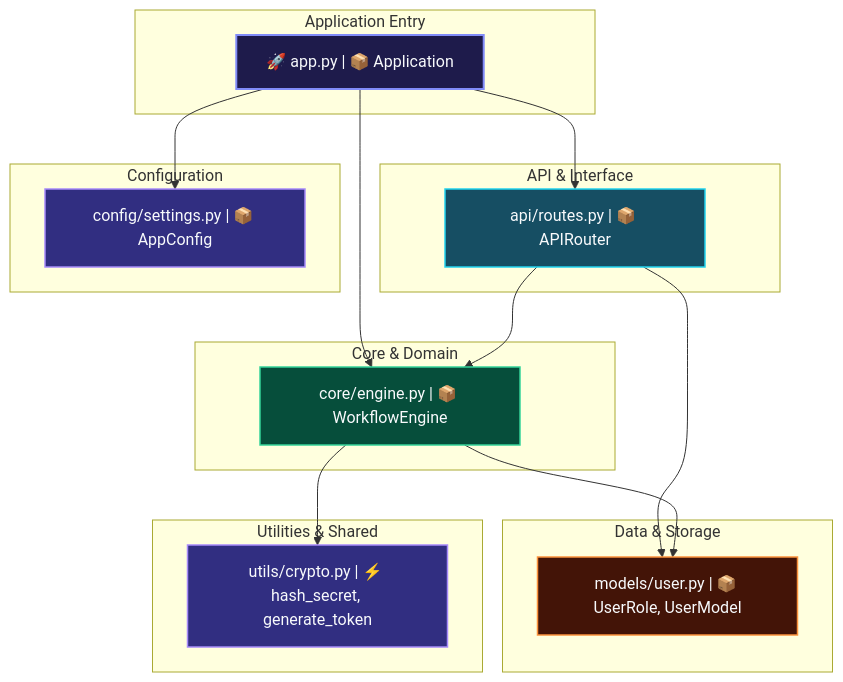
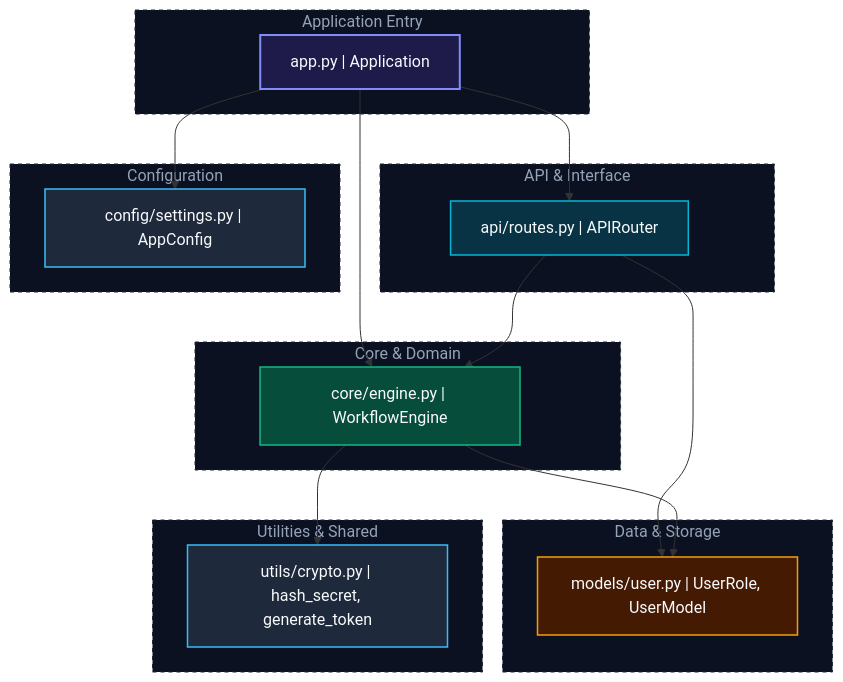
The diagram in ARCHITECTURE.md (sharan-s-dev/RepoGraph-), drawn with Mermaid before and after one commit. The commit also changed 5 other files, not shown here.

Commit message:
feat: complete rewrite of pan-zoom engine, orientation toggling, and clean architecture UI

````diff
--- a/ARCHITECTURE.md
+++ b/ARCHITECTURE.md
@@ -3,35 +3,40 @@
 ```mermaid
 graph TD
-  %% RepoGraph Architectural Blueprint
   classDef entryNode fill:#1e1b4b,stroke:#818cf8,stroke-width:2px,color:#f8fafc;
-  classDef apiNode fill:#164e63,stroke:#22d3ee,stroke-width:1.5px,color:#f8fafc;
-  classDef coreNode fill:#064e3b,stroke:#34d399,stroke-width:1.5px,color:#f8fafc;
-  classDef dataNode fill:#431407,stroke:#fb923c,stroke-width:1.5px,color:#f8fafc;
-  classDef utilNode fill:#312e81,stroke:#a78bfa,stroke-width:1.5px,color:#f8fafc;
-  classDef defaultNode fill:#0f172a,stroke:#38bdf8,stroke-width:1.5px,color:#f8fafc;
+  classDef apiNode fill:#083344,stroke:#06b6d4,stroke-width:1.5px,color:#f8fafc;
+  classDef coreNode fill:#064e3b,stroke:#10b981,stroke-width:1.5px,color:#f8fafc;
+  classDef dataNode fill:#451a03,stroke:#f59e0b,stroke-width:1.5px,color:#f8fafc;
+  classDef utilNode fill:#1e293b,stroke:#38bdf8,stroke-width:1.5px,color:#f8fafc;
+  classDef defaultNode fill:#0f172a,stroke:#64748b,stroke-width:1.5px,color:#f8fafc;
   subgraph layer_Application_Entry["Application Entry"]
-    app_py["🚀 app.py | 📦 Application"]:::entryNode
+    app_py["app.py | Application"]:::entryNode
   end
+  style layer_Application_Entry fill:#0b1120,stroke:#1e293b,stroke-width:1px,stroke-dasharray: 4 4,color:#94a3b8
   subgraph layer_API___Interface["API & Interface"]
-    api_routes_py["api/routes.py | 📦 APIRouter"]:::apiNode
+    api_routes_py["api/routes.py | APIRouter"]:::apiNode
   end
+  style layer_API___Interface fill:#0b1120,stroke:#1e293b,stroke-width:1px,stroke-dasharray: 4 4,color:#94a3b8
   subgraph layer_Configuration["Configuration"]
-    config_settings_py["config/settings.py | 📦 AppConfig"]:::utilNode
+    config_settings_py["config/settings.py | AppConfig"]:::utilNode
   end
+  style layer_Configuration fill:#0b1120,stroke:#1e293b,stroke-width:1px,stroke-dasharray: 4 4,color:#94a3b8
   subgraph layer_Core___Domain["Core & Domain"]
-    core_engine_py["core/engine.py | 📦 WorkflowEngine"]:::coreNode
+    core_engine_py["core/engine.py | WorkflowEngine"]:::coreNode
   end
+  style layer_Core___Domain fill:#0b1120,stroke:#1e293b,stroke-width:1px,stroke-dasharray: 4 4,color:#94a3b8
   subgraph layer_Data___Storage["Data & Storage"]
-    models_user_py["models/user.py | 📦 UserRole, UserModel"]:::dataNode
+    models_user_py["models/user.py | UserRole, UserModel"]:::dataNode
   end
+  style layer_Data___Storage fill:#0b1120,stroke:#1e293b,stroke-width:1px,stroke-dasharray: 4 4,color:#94a3b8
   subgraph layer_Utilities___Shared["Utilities & Shared"]
-    utils_crypto_py["utils/crypto.py | ⚡ hash_secret, generate_token"]:::utilNode
+    utils_crypto_py["utils/crypto.py | hash_secret, generate_token"]:::utilNode
   end
+  style layer_Utilities___Shared fill:#0b1120,stroke:#1e293b,stroke-width:1px,stroke-dasharray: 4 4,color:#94a3b8
   app_py --> api_routes_py
   app_py --> config_settings_py
   app_py --> core_engine_py
   api_routes_py --> core_engine_py
   api_routes_py --> models_user_py
   core_engine_py --> models_user_py
   core_engine_py --> utils_crypto_py
 ```
````
